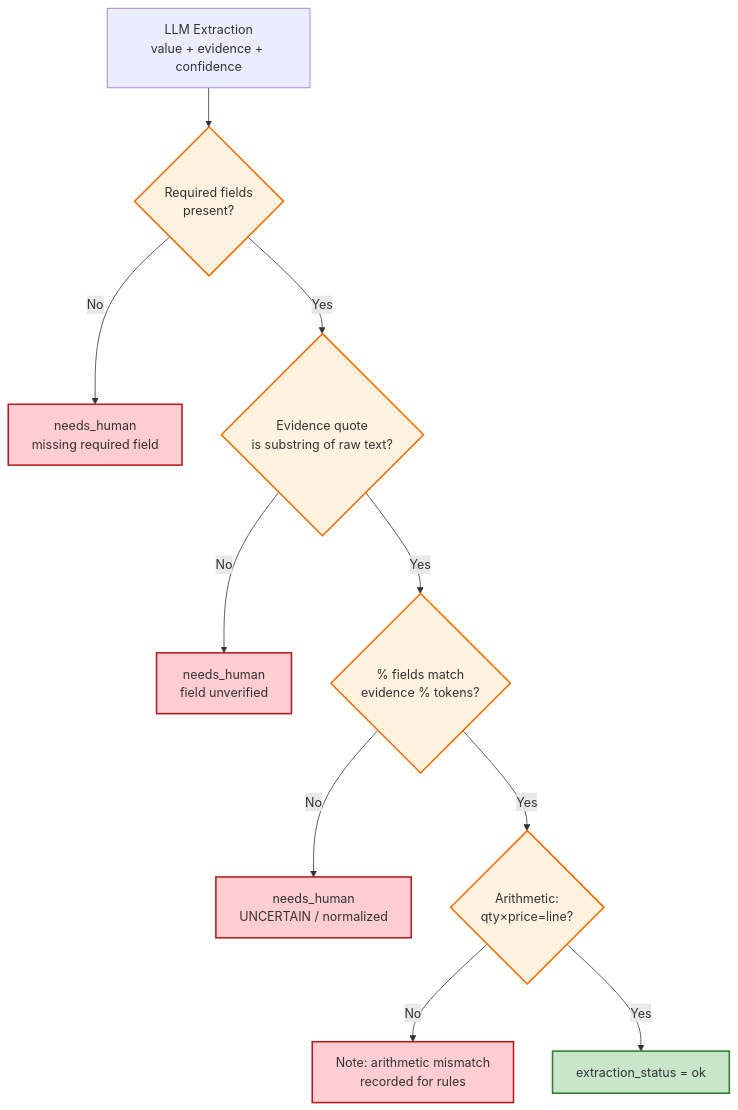
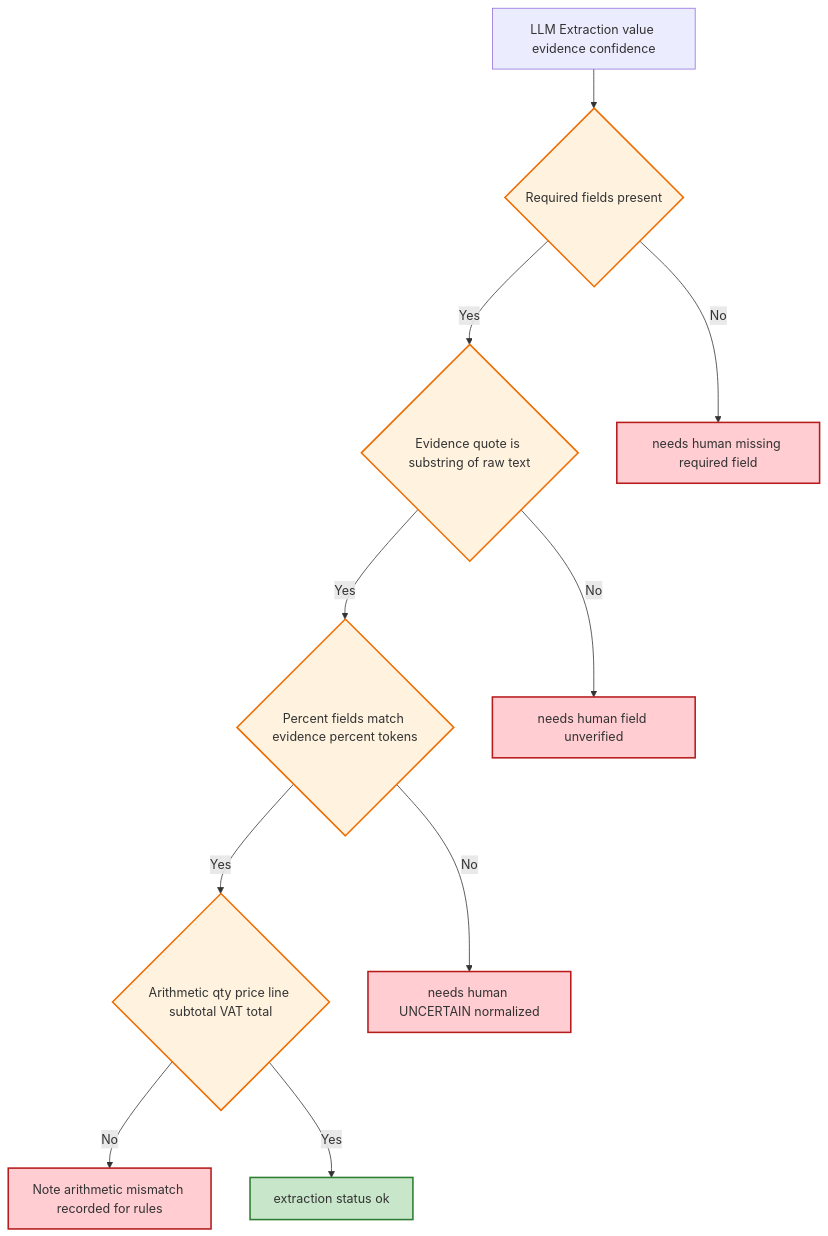
Before and after one commit to ArafathUIU/BIAI_Task1: the fifth of 7 diagrams in ARCHITECTURE.md, drawn with Mermaid. The commit also changed other lines of this file, not shown here.

Commit message:
Fix Mermaid diagram syntax errors in ARCHITECTURE.md

````diff
--- a/ARCHITECTURE.md
+++ b/ARCHITECTURE.md
@@ -201,20 +212,31 @@
 ```mermaid
 flowchart TD
     classDef gate fill:#fff3e0,stroke:#ef6c00,stroke-width:2px
     classDef pass fill:#c8e6c9,stroke:#2e7d32,stroke-width:2px
     classDef fail fill:#ffcdd2,stroke:#b71c1c,stroke-width:2px
 
-    EXT[LLM Extraction<br/>value + evidence + confidence] --> G1{Required fields<br/>present?}
-    G1 -- No --> F1[needs_human<br/>missing required field]
-    G1 -- Yes --> G2{Evidence quote<br/>is substring of raw text?}
-    G2 -- No --> F2[needs_human<br/>field unverified]
-    G2 -- Yes --> G3{% fields match<br/>evidence % tokens?}
-    G3 -- No --> F3[needs_human<br/>UNCERTAIN / normalized]
-    G3 -- Yes --> G4{Arithmetic:<br/>qty×price=line?}
-    G4 -- No --> F4[Note: arithmetic mismatch<br/>recorded for rules]
-    G4 -- Yes --> OK[extraction_status = ok]
+    EXT[LLM Extraction value evidence confidence]
+    G1{Required fields present}
+    G2{Evidence quote is substring of raw text}
+    G3{Percent fields match evidence percent tokens}
+    G4{Arithmetic qty price line subtotal VAT total}
+    F1[needs human missing required field]
+    F2[needs human field unverified]
+    F3[needs human UNCERTAIN normalized]
+    F4[Note arithmetic mismatch recorded for rules]
+    OK[extraction status ok]
+
+    EXT --> G1
+    G1 -->|No| F1
+    G1 -->|Yes| G2
+    G2 -->|No| F2
+    G2 -->|Yes| G3
+    G3 -->|No| F3
+    G3 -->|Yes| G4
+    G4 -->|No| F4
+    G4 -->|Yes| OK
 
     class G1,G2,G3,G4 gate
     class F1,F2,F3,F4 fail
     class OK pass
 ```
````
